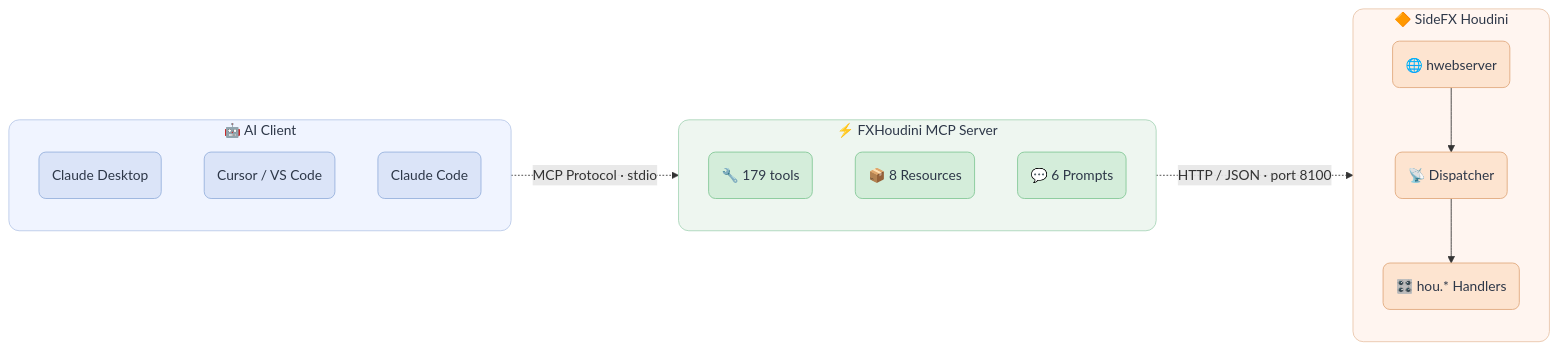
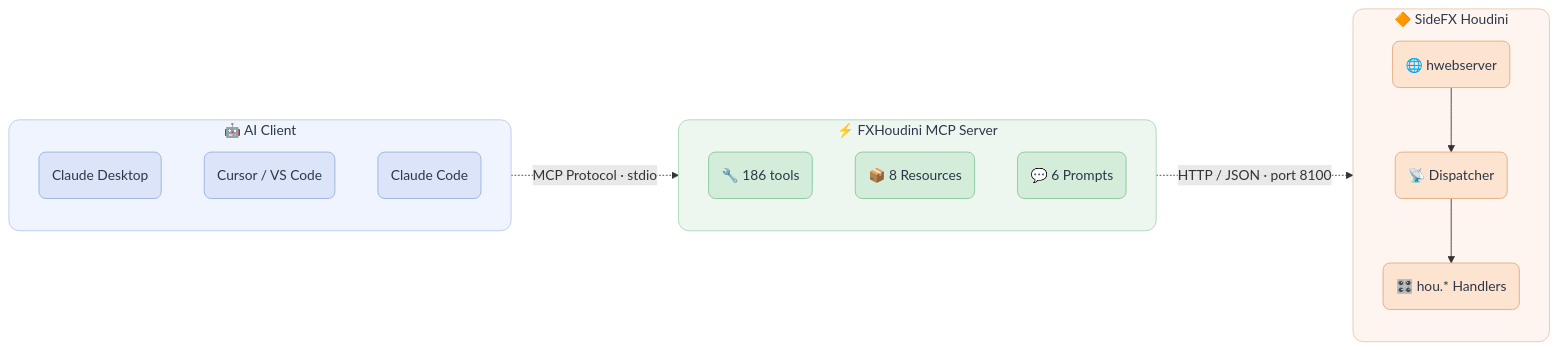
Before and after one commit to XIV-gate/fxhoudinimcp: the diagram in README.md, drawn with Mermaid. The commit also changed other lines of this file and 33 other files, not shown here.

````diff
--- a/README.md
+++ b/README.md
@@ -89,42 +91,42 @@
 ```mermaid
 flowchart LR
     subgraph Client[" 🤖 AI Client "]
         direction TB
         A1("Claude Desktop")
         A2("Cursor / VS Code")
         A3("Claude Code")
     end
 
     subgraph MCP[" ⚡ FXHoudini MCP Server "]
         direction TB
-        B1("🔧 179 tools")
+        B1("🔧 186 tools")
         B2("📦 8 Resources")
         B3("💬 6 Prompts")
     end
 
     subgraph Houdini[" 🔶 SideFX Houdini "]
         direction TB
         C1("🌐 hwebserver")
         C2("📡 Dispatcher")
         C3("🎛️ hou.* Handlers")
         C1 --> C2 --> C3
     end
 
     Client -. "MCP Protocol · stdio" .-> MCP
     MCP -. "HTTP / JSON · port 8100" .-> Houdini
 
     classDef clientBox fill:#f0f4ff,stroke:#b8c9e8,stroke-width:1px,color:#2d3748,rx:12,ry:12
     classDef mcpBox fill:#eef6f0,stroke:#a8d5b8,stroke-width:1px,color:#2d3748,rx:12,ry:12
     classDef houdiniBox fill:#fff5f0,stroke:#e8c4a8,stroke-width:1px,color:#2d3748,rx:12,ry:12
 
     classDef clientNode fill:#dbe4f8,stroke:#96b0dc,stroke-width:1px,color:#2d3748,rx:8,ry:8
     classDef mcpNode fill:#d4edda,stroke:#82c896,stroke-width:1px,color:#2d3748,rx:8,ry:8
     classDef houdiniNode fill:#fde4d0,stroke:#e0a87c,stroke-width:1px,color:#2d3748,rx:8,ry:8
 
     class Client clientBox
     class MCP mcpBox
     class Houdini houdiniBox
     class A1,A2,A3 clientNode
     class B1,B2,B3 mcpNode
     class C1,C2,C3 houdiniNode
 ```
````
